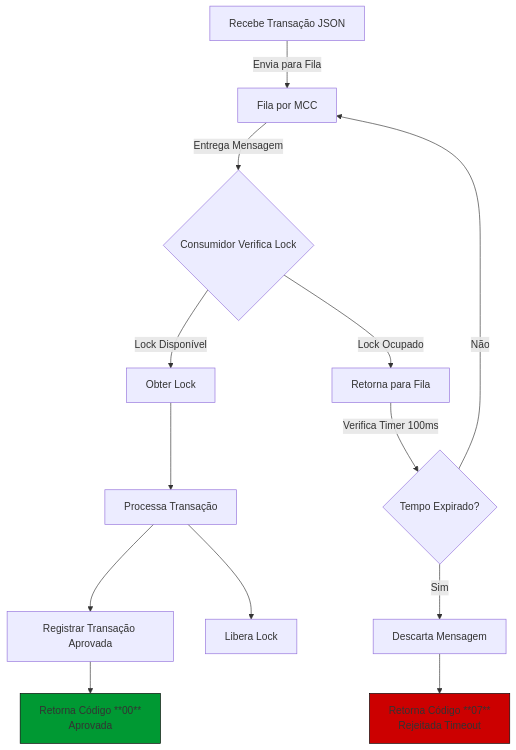
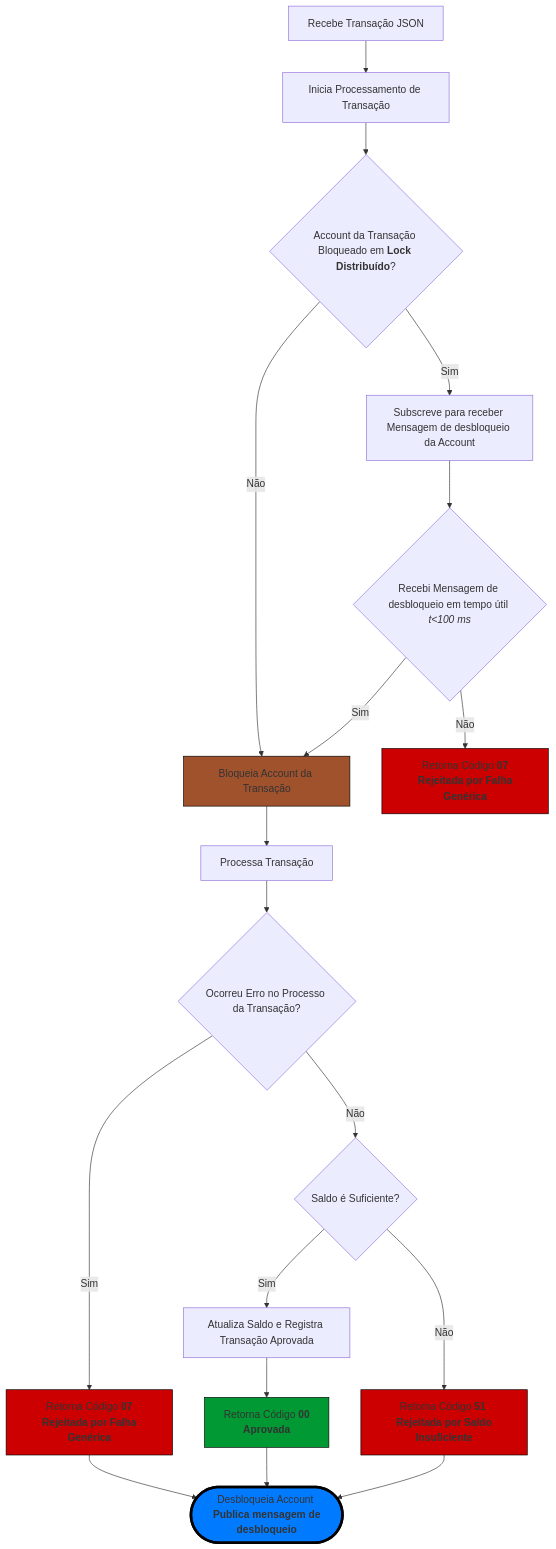
The third of 3 diagrams in README.md (marciovmartins/jtonynet-go-payments-api), drawn with Mermaid before and after one commit. The commit also changed other lines of this file and 3 other files, not shown here.

````diff
--- a/README.md
+++ b/README.md
@@ -575,22 +563,36 @@
 ```mermaid
 flowchart TD
-    A[Recebe Transação JSON] -->|Envia para Fila| B[Fila por MCC]
-    B -->|Entrega Mensagem| C{Consumidor Verifica Lock}
+    A[Recebe Transação JSON] --> B[Inicia Processamento de Transação]
+    B --> C{Account da Transação Bloqueado em <b>Lock Distribuído</b>?}
     
-    C -- Lock Disponível --> D[Obter Lock]
-    D --> E[Processa Transação]
-    E --> F[Registrar Transação Aprovada]
-    E --> G[Libera Lock]
+    C -- Não --> D[Bloqueia Account da Transação]
+    D  --> E[Processa Transação]
+
+    C -- Sim --> M[Subscreve para receber Mensagem de desbloqueio da Account]
+    M --> N{Recebi Mensagem de desbloqueio em tempo útil <i>t<i><100 ms}
+    N -- Sim --> D
+    N -- Não --> O[Retorna Código <b>07<br/> Rejeitada por Falha Genérica</b>]
+
+    E --> F{Ocorreu Erro no Processo da Transação?}
+    F -- Não --> G{Saldo é Suficiente?}
+    F -- Sim --> K[Retorna Código <b>07<br/> Rejeitada por Falha Genérica</b>]
+    K --> J
     
-    F --> H[Retorna Código **00** <br/> Aprovada]
-    
-    C -- Lock Ocupado --> I[Retorna para Fila]
-    I -->|Verifica Timer 100ms| J{Tempo Expirado?}
-    
-    J -- Não --> B
-    J -- Sim --> K[Descarta Mensagem]
-    K --> L[Retorna Código **07**  <br/> Rejeitada Timeout]
-    
-    style H fill:#009933,stroke:#000
+    G -- Sim --> H[Atualiza Saldo e Registra Transação Aprovada]
+    H --> I[Retorna Código <b>00 <br/> Aprovada</b>]
+    I --> J([Desbloqueia Account <br> <b>Publica mensagem de desbloqueio</b>])
+
+    G -- Não --> L[Retorna Código <b>51 <br/> Rejeitada por Saldo Insuficiente</b>]
+    L --> J
+
+
+    style D fill:#A0522D,stroke:#000
+    style I fill:#009933,stroke:#000
+
     style L fill:#cc0000,stroke:#000
+    style K fill:#cc0000,stroke:#000
+    style O fill:#cc0000,stroke:#000
+
+    style J fill:#007bff,stroke:#000,stroke-width:4px
+
 ```
````
